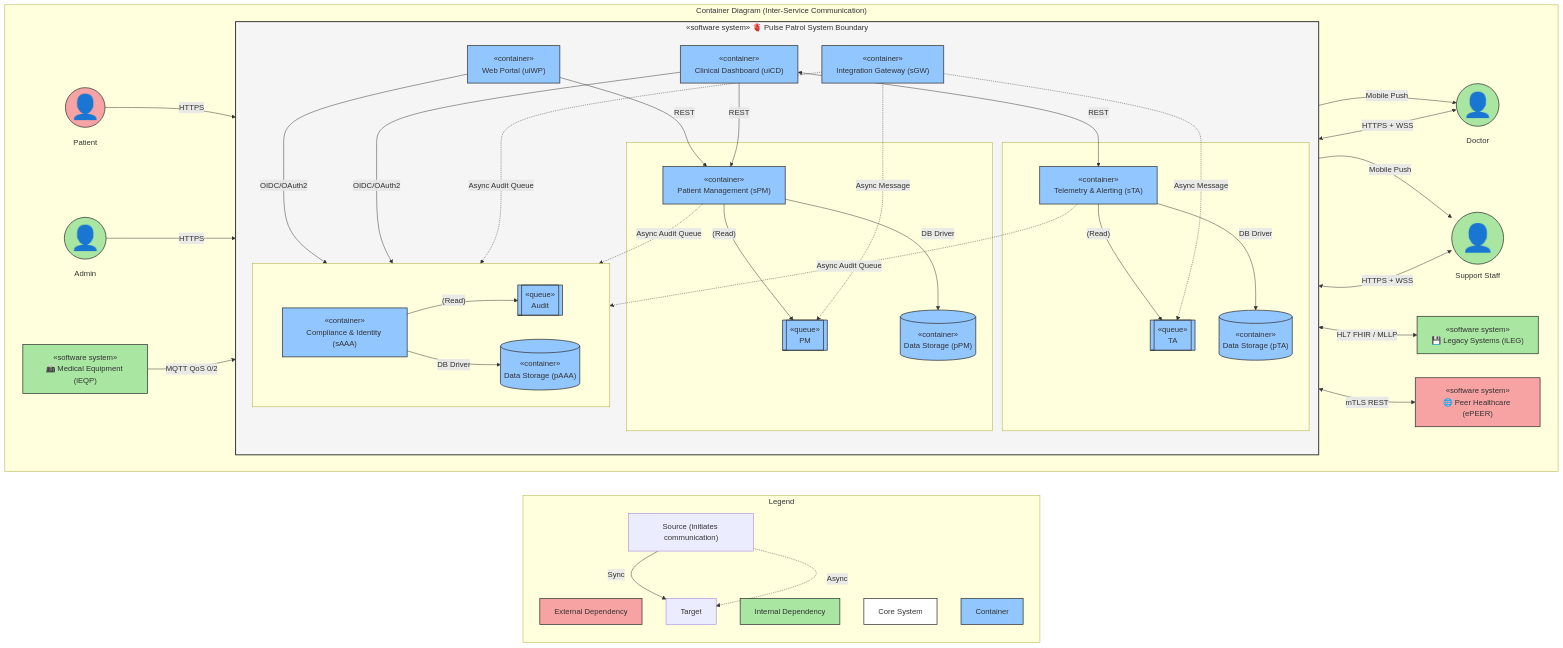
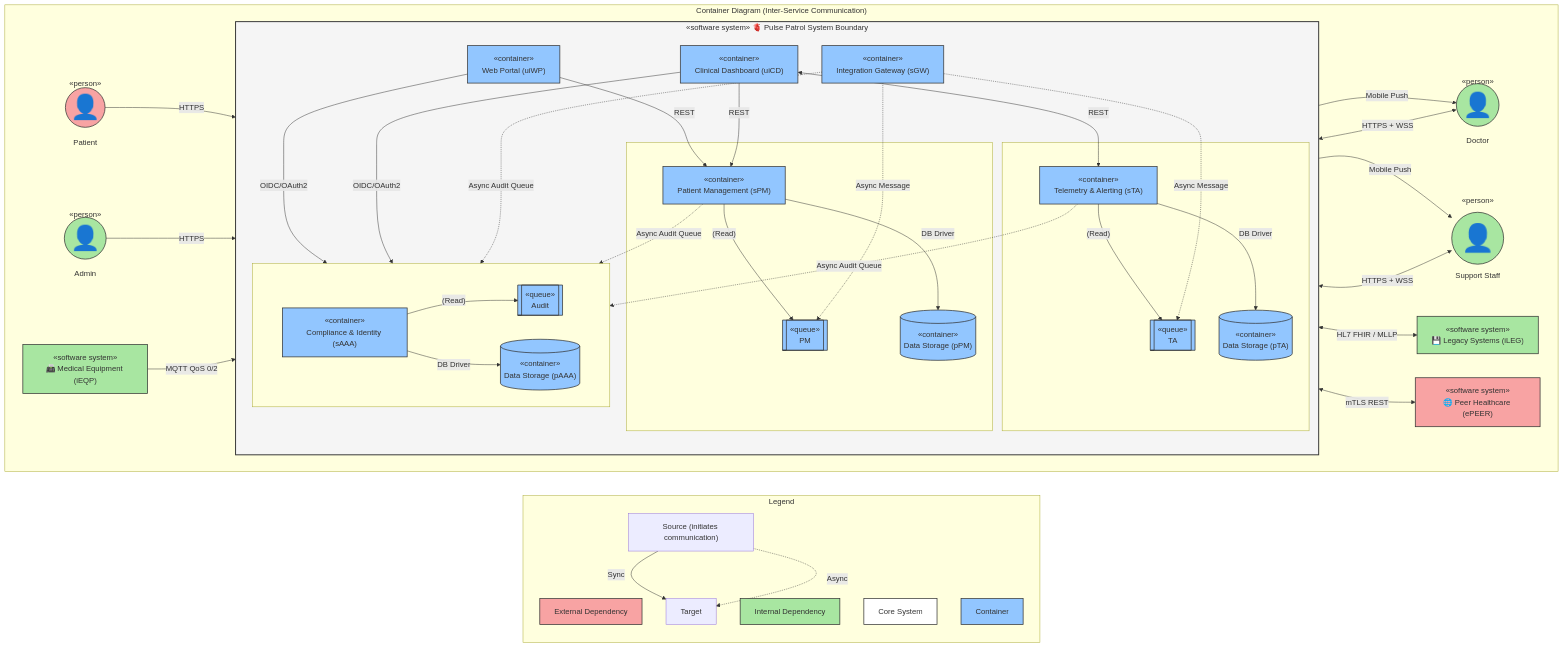
The fourth of 14 diagrams in docs/ARD-v3.1-rfc.md (iugori/pulse-patrol), drawn with Mermaid before and after one commit.

Commit message:
hw3: container communication diagram

```diff
--- a/docs/ARD-v3.1-rfc.md
+++ b/docs/ARD-v3.1-rfc.md
@@ -527,10 +527,10 @@
 %%-
     subgraph Diagram ["Container Diagram (Inter-Service Communication)"]
         direction LR
-        Patient(("<br/><br/><span style='font-size:50px'>👤</span><br/><br/>&nbsp;&nbsp;Patient&nbsp;&nbsp;")):::depExt
-        Admin(("<br/><br/><span style='font-size:50px'>👤</span><br/><br/>&nbsp;&nbsp;&nbsp;Admin&nbsp;&nbsp;&nbsp;")):::depInt
-        Doctor(("<br/><br/><span style='font-size:50px'>👤</span><br/><br/>&nbsp;&nbsp;&nbsp;Doctor&nbsp;&nbsp;&nbsp;")):::depInt
-        Support(("<br/><br/><span style='font-size:56px'>👤</span><br/><br/>Support Staff")):::depInt
+        Patient(("<br/>«person»<br/><span style='font-size:50px'>👤</span><br/><br/>&nbsp;&nbsp;Patient&nbsp;&nbsp;")):::depExt
+        Admin(("<br/>«person»<br/><span style='font-size:50px'>👤</span><br/><br/>&nbsp;&nbsp;&nbsp;Admin&nbsp;&nbsp;&nbsp;")):::depInt
+        Doctor(("<br/>«person»<br/><span style='font-size:50px'>👤</span><br/><br/>&nbsp;&nbsp;&nbsp;Doctor&nbsp;&nbsp;&nbsp;")):::depInt
+        Support(("«person»<br/><br/><span style='font-size:56px'>👤</span><br/><br/>Support Staff")):::depInt
 
         subgraph Pulse_Patrol_System ["«software system» 🫀 Pulse Patrol System Boundary"]
             direction TB
```
